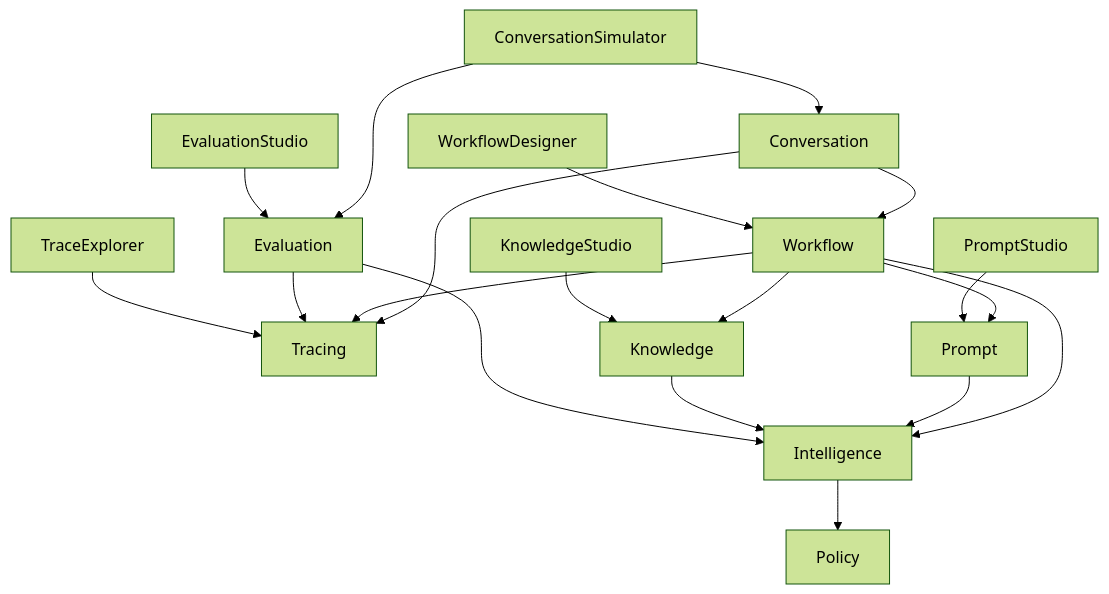
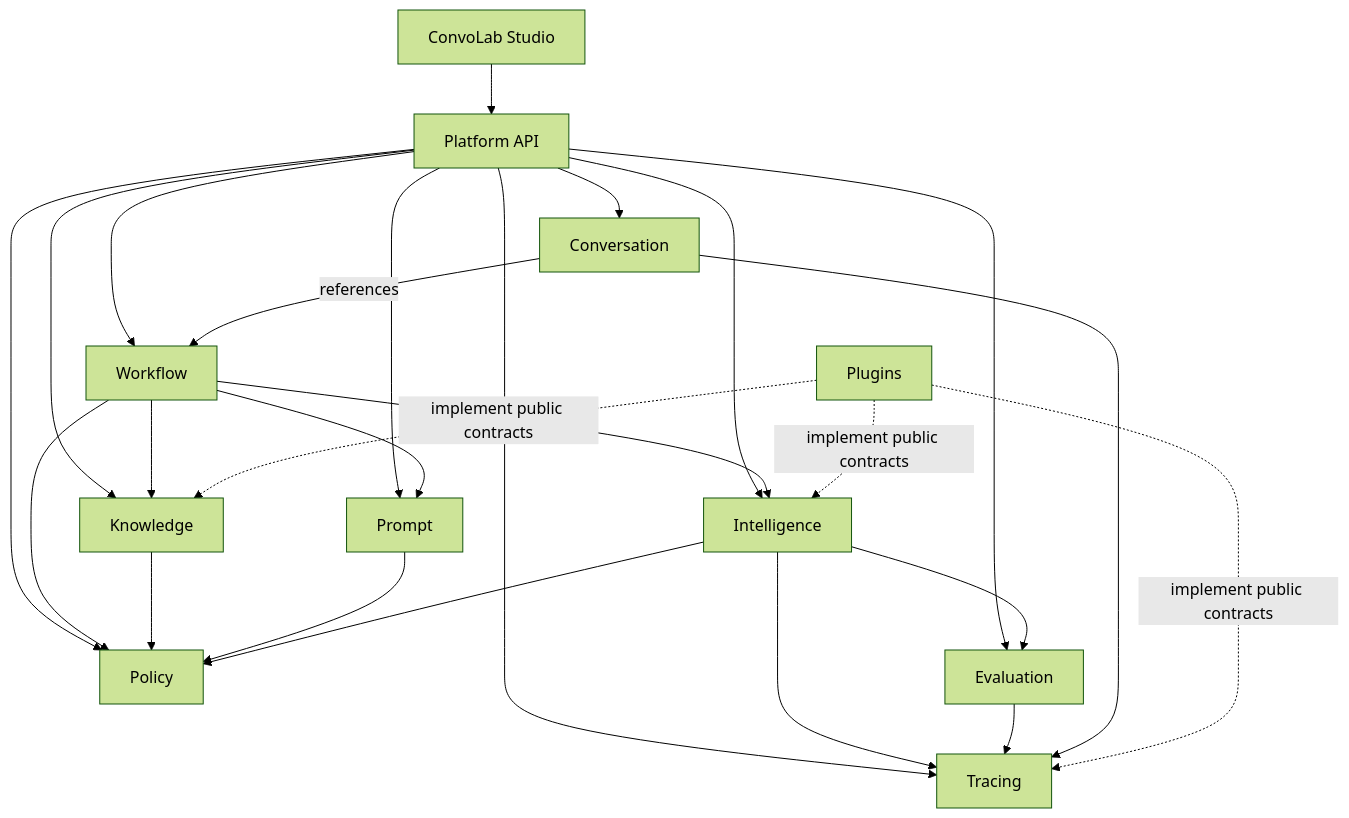
The diagram in docs/CapabilityMap.md (kevinkutoane/convolab), drawn with Mermaid (forest theme) before and after one commit. The commit also changed other lines of this file and 469 other files, not shown here.

Commit message:
Evaluation Studio implementation

````diff
--- a/docs/CapabilityMap.md
+++ b/docs/CapabilityMap.md
@@ -48,24 +43,28 @@
 ```mermaid
-graph TD
-    %% Core Dependencies
-    Conversation --> Workflow
+flowchart TD
+    Studio[ConvoLab Studio] --> API[Platform API]
+    API --> Conversation
+    API --> Workflow
+    API --> Prompt
+    API --> Knowledge
+    API --> Intelligence
+    API --> Policy
+    API --> Evaluation
+    API --> Tracing
+
+    Conversation -->|references| Workflow
+    Workflow --> Prompt
+    Workflow --> Knowledge
+    Workflow --> Intelligence
+    Workflow --> Policy
+    Knowledge --> Policy
+    Prompt --> Policy
+    Intelligence --> Policy
+    Intelligence --> Evaluation
+    Intelligence --> Tracing
+    Evaluation --> Tracing
     Conversation --> Tracing
-    Workflow --> Intelligence
-    Workflow --> Knowledge
-    Workflow --> Prompt
-    Workflow --> Tracing
-    Prompt --> Intelligence
-    Knowledge --> Intelligence
-    Evaluation --> Intelligence
-    Intelligence --> Policy
-    Evaluation --> Tracing
-    
-    %% Application Layer
-    ConversationSimulator --> Conversation
-    ConversationSimulator --> Evaluation
-    PromptStudio --> Prompt
-    KnowledgeStudio --> Knowledge
-    TraceExplorer --> Tracing
-    WorkflowDesigner --> Workflow
-    EvaluationStudio --> Evaluation
+    Plugins -. implement public contracts .-> Knowledge
+    Plugins -. implement public contracts .-> Intelligence
+    Plugins -. implement public contracts .-> Tracing
 ```
````
